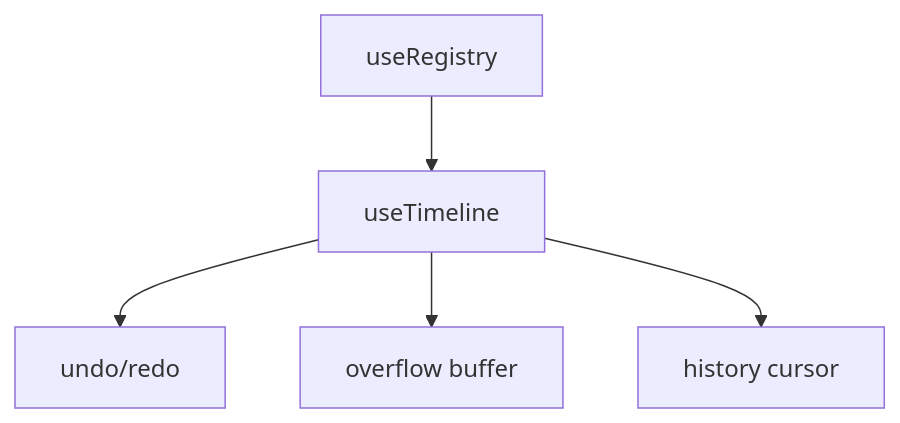
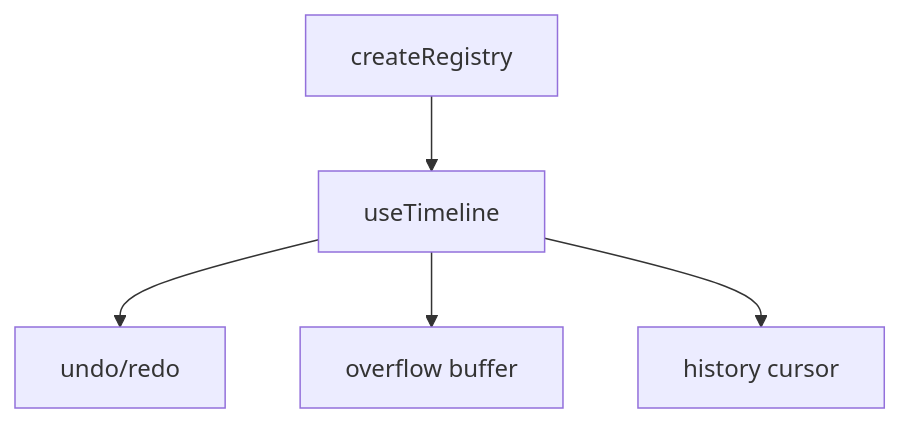
The diagram in apps/docs/src/pages/composables/registration/create-timeline.md (vuetifyjs/0), drawn with Mermaid before and after one commit. The commit also changed other lines of this file and 33 other files, not shown here.

````diff
--- a/apps/docs/src/pages/composables/registration/create-timeline.md
+++ b/apps/docs/src/pages/composables/registration/create-timeline.md
@@ -53,7 +53,7 @@
 ```mermaid "Timeline Hierarchy"
 flowchart TD
-  useRegistry --> useTimeline
+  createRegistry --> useTimeline
   useTimeline --> undo/redo
   useTimeline --> overflow[overflow buffer]
   useTimeline --> cursor[history cursor]
 ```
````
